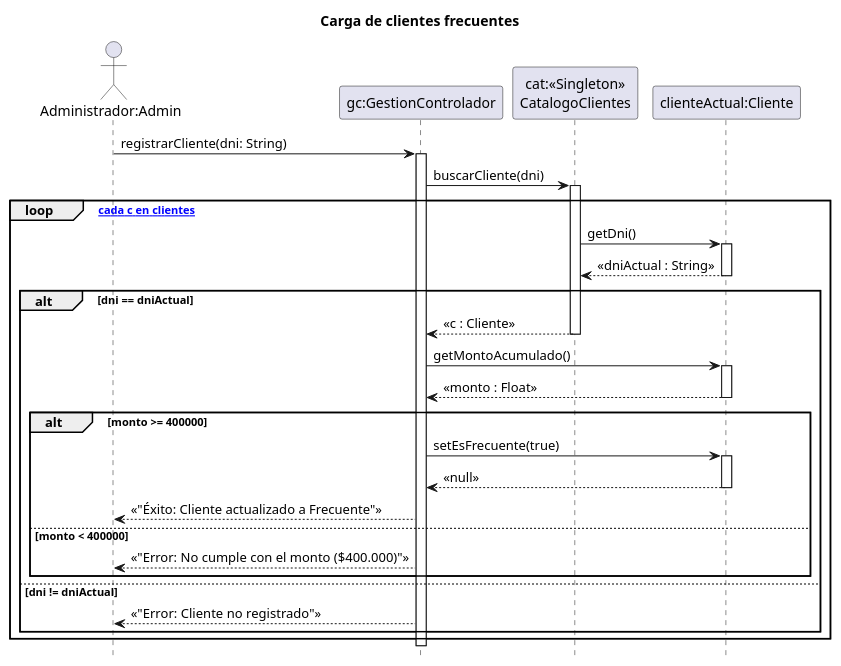
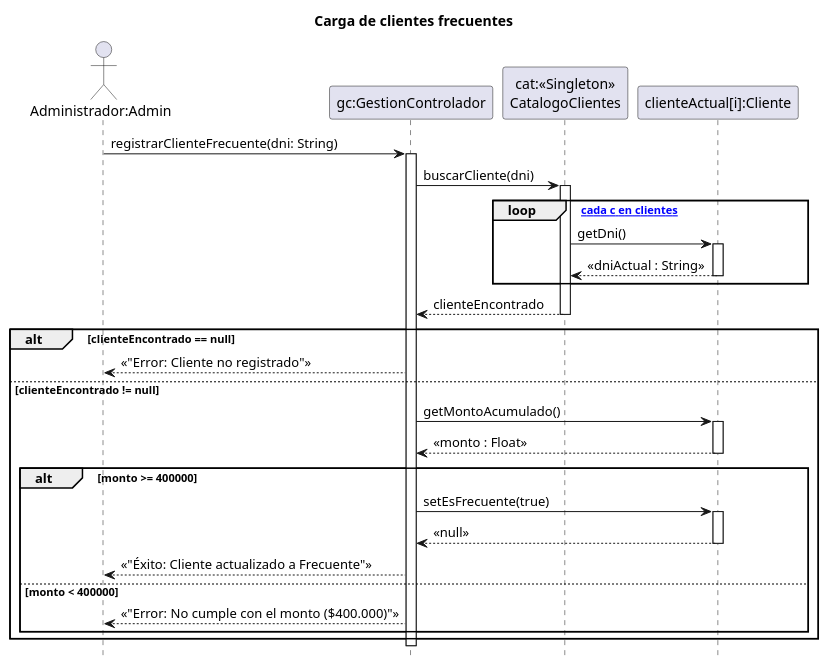
One commit to zEzequR/PF-I changed the diagram in 08 - Diagramas de Secuencia de Diseño/CargaClientesFrecuentes/CargaClientesFrecuentes.puml. Above: the diagram before and after it, drawn with PlantUML. The commit also changed 1 other file, not shown here.

Commit message:
Cliente frecuente

```diff
--- a/08 - Diagramas de Secuencia de Diseño/CargaClientesFrecuentes/CargaClientesFrecuentes.puml
+++ b/08 - Diagramas de Secuencia de Diseño/CargaClientesFrecuentes/CargaClientesFrecuentes.puml
@@ -1,51 +1,53 @@
 @startuml
-title Carga de clientes frecuentes 
+title Carga de clientes frecuentes
 
 hide footbox
 
 actor "Administrador:Admin" as admin
 participant "gc:GestionControlador" as ctrl
 participant "cat:<<Singleton>>\nCatalogoClientes" as cat
-participant "clienteActual:Cliente" as cliente_actual
+participant "clienteActual[i]:Cliente" as item
 
-admin -> ctrl : registrarCliente(dni: String)
+admin -> ctrl : registrarClienteFrecuente(dni: String)
 activate ctrl
 
 ctrl -> cat : buscarCliente(dni)
 activate cat
 
 loop [para cada c en clientes]
-    cat -> cliente_actual : getDni()
-    activate cliente_actual
-    cliente_actual --> cat : << dniActual : String >>
-    deactivate cliente_actual
+    cat -> item : getDni()
+    activate item
+    item --> cat : << dniActual : String >>
+    deactivate item
+end
+
+cat --> ctrl : clienteEncontrado
+deactivate cat
+
+alt clienteEncontrado == null
     
-    alt dni == dniActual
-        cat --> ctrl : << c : Cliente >>
-        deactivate cat
+    ctrl --> admin : << "Error: Cliente no registrado" >>
+
+else clienteEncontrado != null
+
+    ctrl -> item : getMontoAcumulado()
+    activate item
+    item --> ctrl : << monto : Float >>
+    deactivate item
+    
+    alt monto >= 400000
+        ctrl -> item : setEsFrecuente(true)
+        activate item
+        item --> ctrl : << null >> 
+        deactivate item
         
-        ctrl -> cliente_actual : getMontoAcumulado()
-        activate cliente_actual
-        cliente_actual --> ctrl : << monto : Float >>
-        deactivate cliente_actual
+        ctrl --> admin : << "Éxito: Cliente actualizado a Frecuente" >>
         
-        alt monto >= 400000
-            ctrl -> cliente_actual : setEsFrecuente(true)
-            activate cliente_actual
-            cliente_actual --> ctrl : << null >> 
-            deactivate cliente_actual
-            
-            ctrl --> admin : << "Éxito: Cliente actualizado a Frecuente" >>
-            
-        else monto < 400000
-            ctrl --> admin : << "Error: No cumple con el monto ($400.000)" >>
-        end
+    else monto < 400000
+        ctrl --> admin : << "Error: No cumple con el monto ($400.000)" >>
+    end
 
-    else dni != dniActual
-        deactivate cat
-        ctrl --> admin : << "Error: Cliente no registrado" >>
-    end
 end
 
 deactivate ctrl
 @enduml
```
